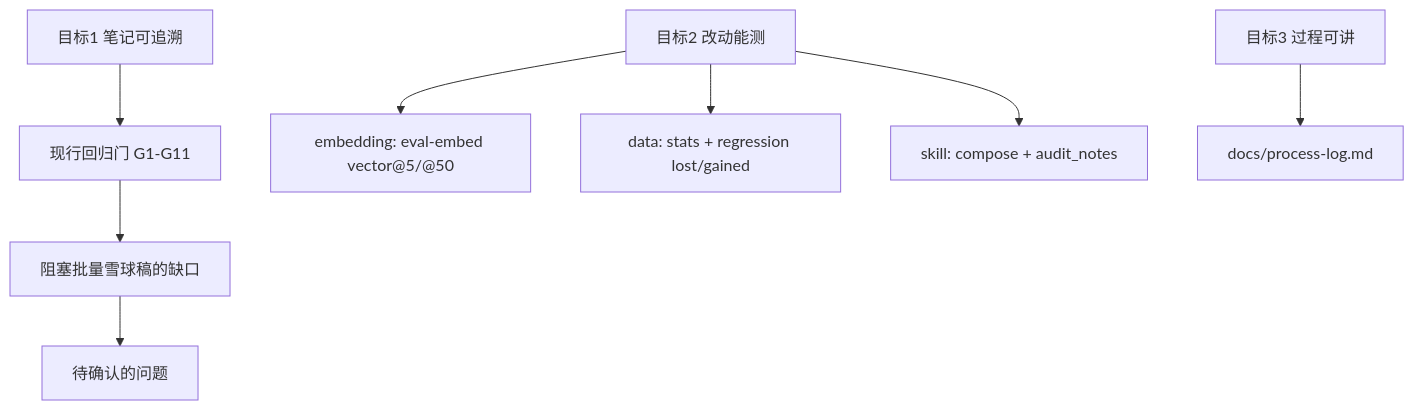
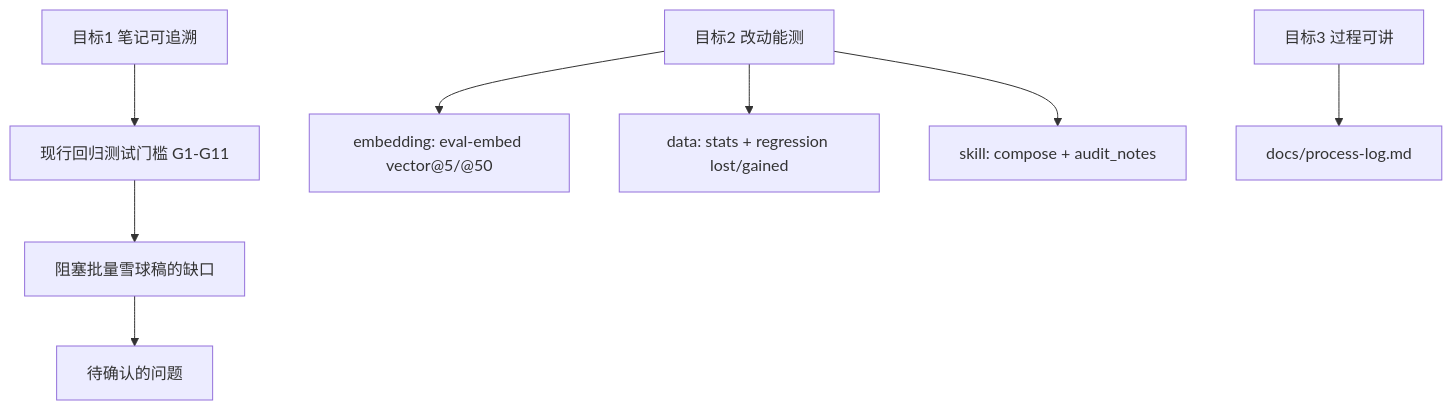
One commit to lyfxxxx/stock-kb changed the diagram in eval/METRICS_CONTRACT.md. Above: the diagram before and after it, drawn with Mermaid. The commit also changed 19 other files, not shown here.

````diff
--- a/eval/METRICS_CONTRACT.md
+++ b/eval/METRICS_CONTRACT.md
@@ -13,10 +13,10 @@
 ```mermaid
 flowchart TB
-    O1[目标1 笔记可追溯] --> G[现行回归门 G1-G11]
+    O1[目标1 笔记可追溯] --> G[现行回归测试门槛 G1-G11]
     O2[目标2 改动能测] --> M1[embedding: eval-embed vector@5/@50]
     O2 --> M2[data: stats + regression lost/gained]
     O2 --> M3[skill: compose + audit_notes]
     O3[目标3 过程可讲] --> L[docs/process-log.md]
     G --> Block[阻塞批量雪球稿的缺口]
     Block --> Q[待确认的问题]
 ```
````
